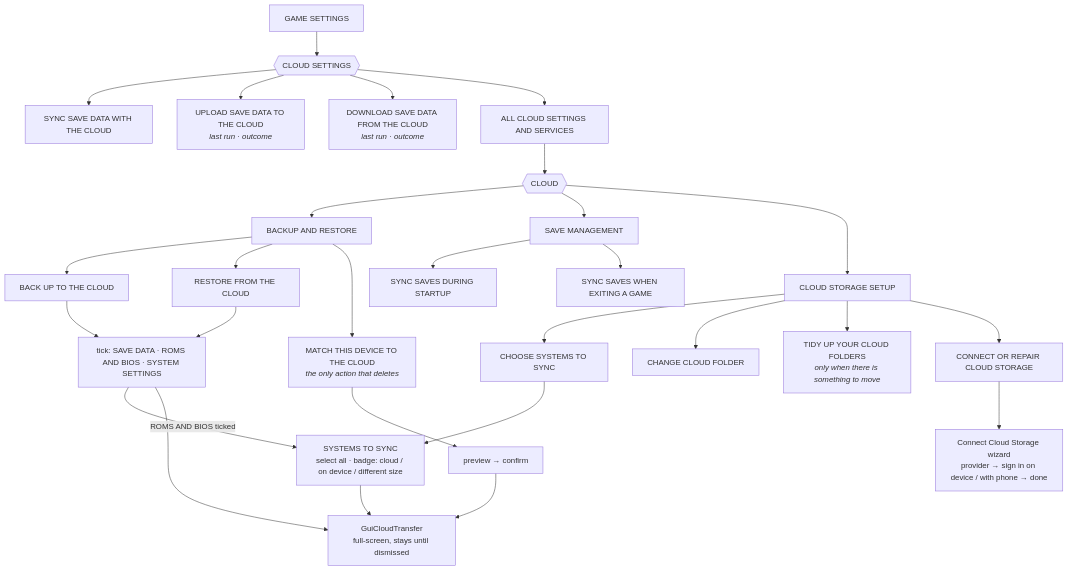
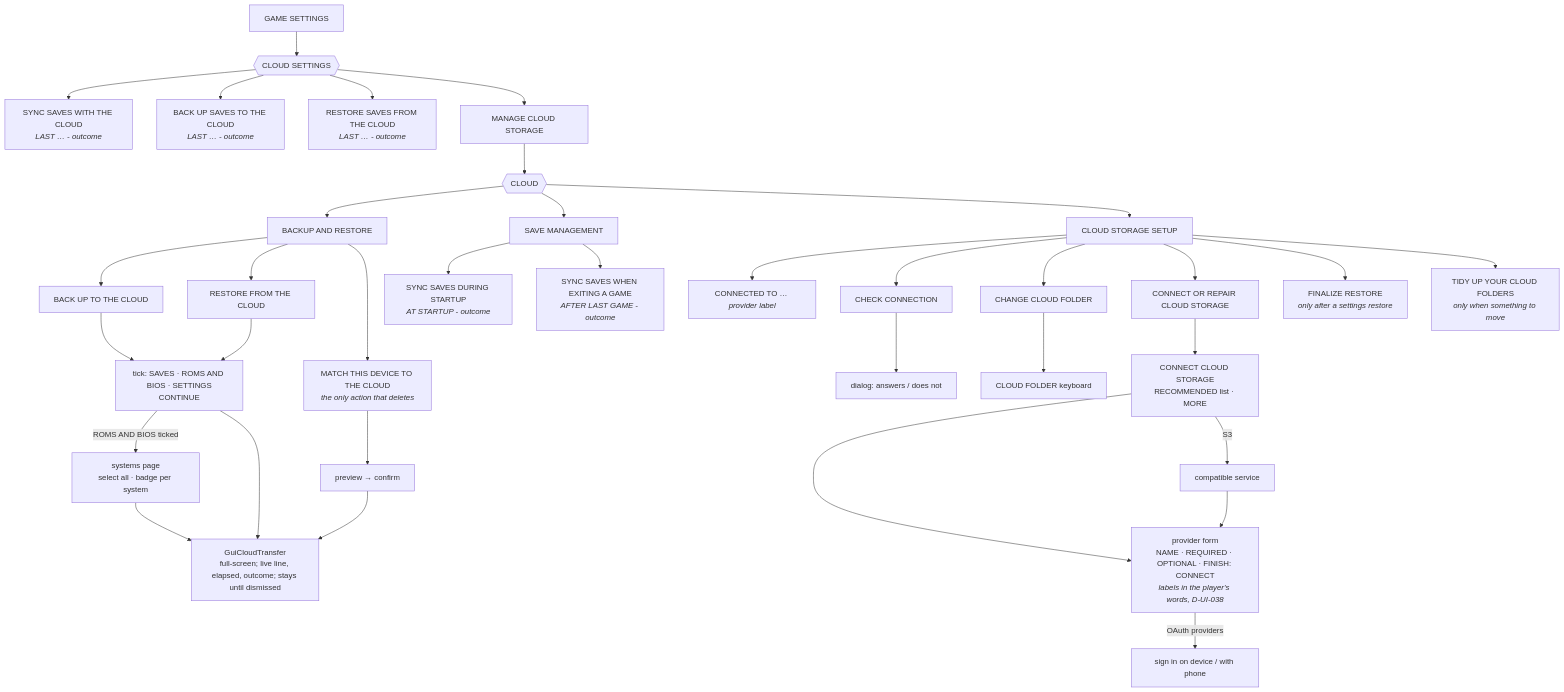
Before and after one commit to maxengel/rocknix: the second of 2 diagrams in docs/es-menu-map.md, drawn with Mermaid. The commit also changed other lines of this file and 3 other files, not shown here.

First line of the commit message:
docs: the history epic's answers (D-CLOUD-095..098, D-UI-039), the plan delta, the menu map brought current

````diff
--- a/docs/es-menu-map.md
+++ b/docs/es-menu-map.md
@@ -88,27 +92,32 @@
 ```mermaid
 flowchart TD
     GS[GAME SETTINGS] --> CS{{CLOUD SETTINGS}}
-    CS --> SYNC[SYNC SAVE DATA WITH THE CLOUD]
-    CS --> UP[UPLOAD SAVE DATA TO THE CLOUD<br/><i>last run · outcome</i>]
-    CS --> DOWN[DOWNLOAD SAVE DATA FROM THE CLOUD<br/><i>last run · outcome</i>]
-    CS --> ALL[ALL CLOUD SETTINGS AND SERVICES]
+    CS --> SYNC[SYNC SAVES WITH THE CLOUD<br/><i>LAST … - outcome</i>]
+    CS --> UP[BACK UP SAVES TO THE CLOUD<br/><i>LAST … - outcome</i>]
+    CS --> DOWN[RESTORE SAVES FROM THE CLOUD<br/><i>LAST … - outcome</i>]
+    CS --> ALL[MANAGE CLOUD STORAGE]
 
     ALL --> HUB{{CLOUD}}
     HUB --> BR[BACKUP AND RESTORE]
-    BR --> BU[BACK UP TO THE CLOUD] --> TICK[tick: SAVE DATA · ROMS AND BIOS · SYSTEM SETTINGS]
+    BR --> BU[BACK UP TO THE CLOUD] --> TICK[tick: SAVES · ROMS AND BIOS · SETTINGS<br/>CONTINUE]
     BR --> RE[RESTORE FROM THE CLOUD] --> TICK
-    TICK -->|ROMS AND BIOS ticked| PICK[SYSTEMS TO SYNC<br/>select all · badge: cloud / on device / different size]
-    TICK --> XFER[GuiCloudTransfer<br/>full-screen, stays until dismissed]
+    TICK -->|ROMS AND BIOS ticked| PICK[systems page<br/>select all · badge per system]
+    TICK --> XFER[GuiCloudTransfer<br/>full-screen; live line, elapsed, outcome; stays until dismissed]
     PICK --> XFER
     BR --> MATCH[MATCH THIS DEVICE TO THE CLOUD<br/><i>the only action that deletes</i>] --> PREV[preview → confirm] --> XFER
 
     HUB --> SM[SAVE MANAGEMENT]
-    SM --> ST[SYNC SAVES DURING STARTUP]
-    SM --> GE[SYNC SAVES WHEN EXITING A GAME]
+    SM --> ST[SYNC SAVES DURING STARTUP<br/><i>AT STARTUP - outcome</i>]
+    SM --> GE[SYNC SAVES WHEN EXITING A GAME<br/><i>AFTER LAST GAME - outcome</i>]
 
     HUB --> CSS[CLOUD STORAGE SETUP]
-    CSS --> CHOOSE[CHOOSE SYSTEMS TO SYNC] --> PICK
-    CSS --> FOLDER[CHANGE CLOUD FOLDER]
-    CSS --> TIDY[TIDY UP YOUR CLOUD FOLDERS<br/><i>only when there is something to move</i>]
-    CSS --> CONN[CONNECT OR REPAIR CLOUD STORAGE] --> WIZ[Connect Cloud Storage wizard<br/>provider → sign in on device / with phone → done]
+    CSS --> CT[CONNECTED TO … <i>provider label</i>]
+    CSS --> CHK[CHECK CONNECTION] --> CHKD[dialog: answers / does not]
+    CSS --> FOLDER[CHANGE CLOUD FOLDER] --> KB[CLOUD FOLDER keyboard]
+    CSS --> CONN[CONNECT OR REPAIR CLOUD STORAGE] --> LIST[CONNECT CLOUD STORAGE<br/>RECOMMENDED list · MORE]
+    LIST --> FORM[provider form<br/>NAME · REQUIRED · OPTIONAL · FINISH: CONNECT<br/><i>labels in the player's words, D-UI-038</i>]
+    LIST -->|S3| SUB[compatible service] --> FORM
+    FORM -->|OAuth providers| OAUTH[sign in on device / with phone]
+    CSS --> FIN[FINALIZE RESTORE<br/><i>only after a settings restore</i>]
+    CSS --> TIDY[TIDY UP YOUR CLOUD FOLDERS<br/><i>only when something to move</i>]
 ```
````
